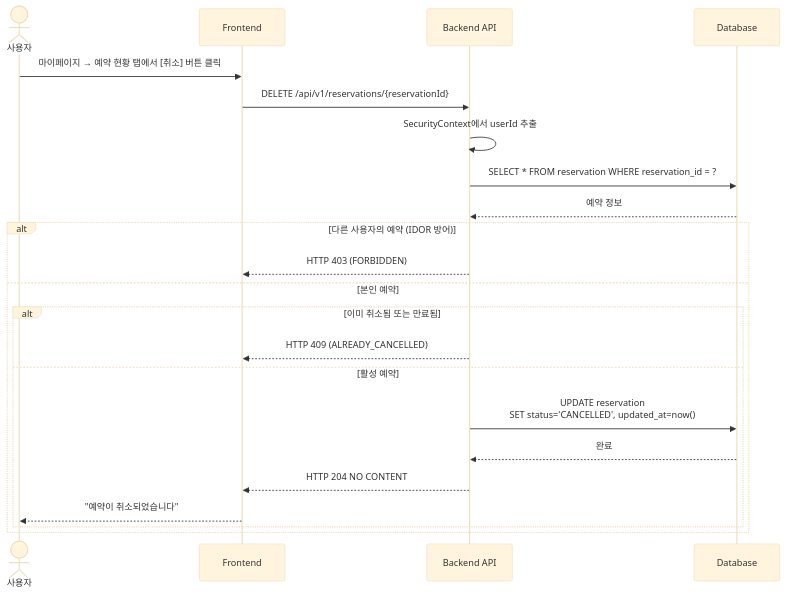
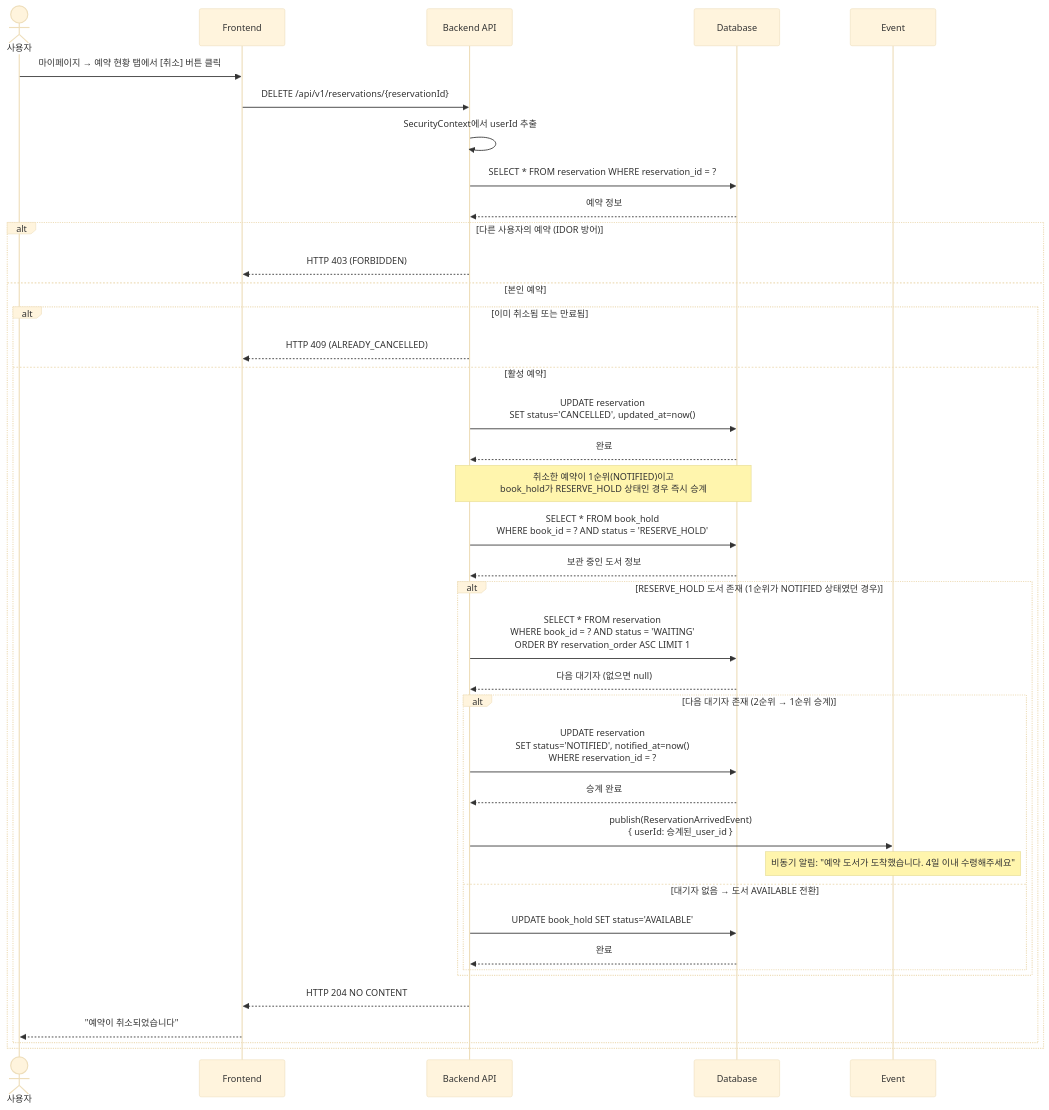
Before and after one commit to Boogieman-lab/book-management-system: the second of 4 diagrams in docs/02_design/architecture/sequence/reservation_sequence.md, drawn with Mermaid (base theme). The commit also changed 7 other files, not shown here.

````diff
--- a/docs/02_design/architecture/sequence/reservation_sequence.md
+++ b/docs/02_design/architecture/sequence/reservation_sequence.md
@@ -57,29 +57,51 @@
 ```mermaid
 sequenceDiagram
     actor User as 사용자
     participant Client as Frontend
     participant Server as Backend API
     participant DB as Database
 
     User->>Client: 마이페이지 → 예약 현황 탭에서 [취소] 버튼 클릭
     Client->>Server: DELETE /api/v1/reservations/{reservationId}
 
     Server->>Server: SecurityContext에서 userId 추출
 
     Server->>DB: SELECT * FROM reservation WHERE reservation_id = ?
     DB-->>Server: 예약 정보
 
     alt 다른 사용자의 예약 (IDOR 방어)
         Server-->>Client: HTTP 403 (FORBIDDEN)
     else 본인 예약
         alt 이미 취소됨 또는 만료됨
             Server-->>Client: HTTP 409 (ALREADY_CANCELLED)
         else 활성 예약
             Server->>DB: UPDATE reservation<br>SET status='CANCELLED', updated_at=now()
             DB-->>Server: 완료
 
+            Note over Server,DB: 취소한 예약이 1순위(NOTIFIED)이고<br>book_hold가 RESERVE_HOLD 상태인 경우 즉시 승계
+
+            Server->>DB: SELECT * FROM book_hold<br>WHERE book_id = ? AND status = 'RESERVE_HOLD'
+            DB-->>Server: 보관 중인 도서 정보
+
+            alt RESERVE_HOLD 도서 존재 (1순위가 NOTIFIED 상태였던 경우)
+                Server->>DB: SELECT * FROM reservation<br>WHERE book_id = ? AND status = 'WAITING'<br>ORDER BY reservation_order ASC LIMIT 1
+                DB-->>Server: 다음 대기자 (없으면 null)
+
+                alt 다음 대기자 존재 (2순위 → 1순위 승계)
+                    Server->>DB: UPDATE reservation<br>SET status='NOTIFIED', notified_at=now()<br>WHERE reservation_id = ?
+                    DB-->>Server: 승계 완료
+
+                    Server->>Event: publish(ReservationArrivedEvent)<br>{ userId: 승계된_user_id }
+                    Note over Event: 비동기 알림: "예약 도서가 도착했습니다. 4일 이내 수령해주세요"
+
+                else 대기자 없음 → 도서 AVAILABLE 전환
+                    Server->>DB: UPDATE book_hold SET status='AVAILABLE'
+                    DB-->>Server: 완료
+                end
+            end
+
             Server-->>Client: HTTP 204 NO CONTENT
             Client-->>User: "예약이 취소되었습니다"
         end
     end
 ```
````
